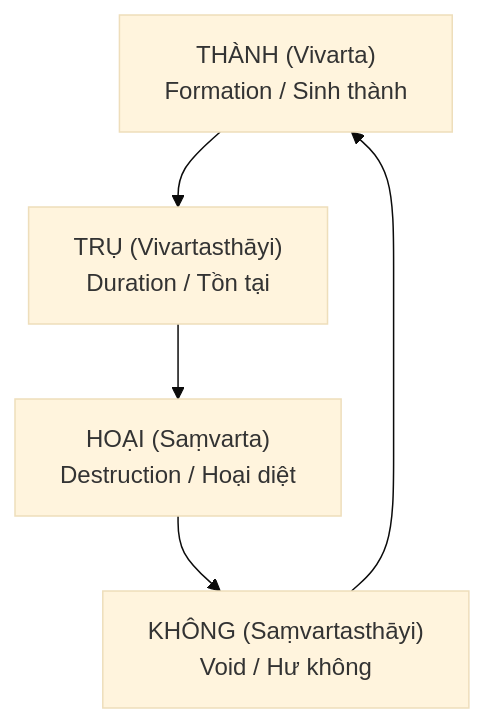
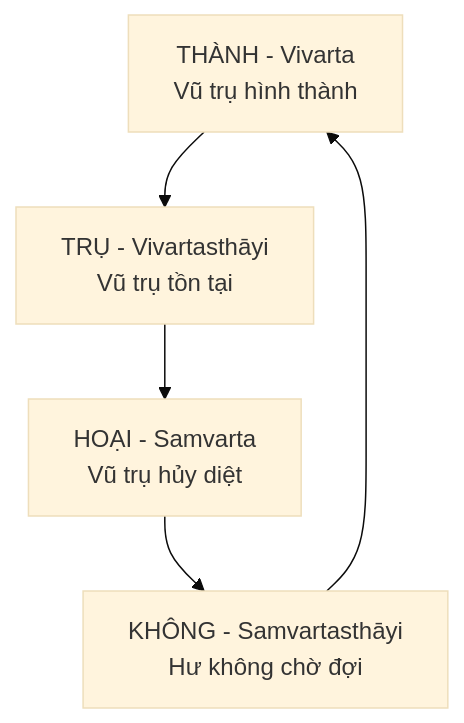
One commit to dyukahi/knowledge changed the second of 2 diagrams in esoterica/Chu Kỳ Vũ Trụ — Yugas & Kalpas.md. Above: the diagram before and after it, drawn with Mermaid (base theme). The commit also changed other lines of this file, not shown here.

````diff
--- a/esoterica/Chu Kỳ Vũ Trụ — Yugas & Kalpas.md
+++ b/esoterica/Chu Kỳ Vũ Trụ — Yugas & Kalpas.md
@@ -65,9 +113,10 @@
 ```mermaid
-flowchart TB
-    TH["THÀNH (Vivarta)<br/>Formation / Sinh thành"]
-    TR["TRỤ (Vivartasthāyi)<br/>Duration / Tồn tại"]
-    HO["HOẠI (Saṃvarta)<br/>Destruction / Hoại diệt"]
-    KH["KHÔNG (Saṃvartasthāyi)<br/>Void / Hư không"]
+flowchart TD
+    TH["THÀNH - Vivarta<br/>Vũ trụ hình thành"]
+    TR["TRỤ - Vivartasthāyi<br/>Vũ trụ tồn tại"]
+    HO["HOẠI - Samvarta<br/>Vũ trụ hủy diệt"]
+    KH["KHÔNG - Samvartasthāyi<br/>Hư không chờ đợi"]
     
-    TH --> TR --> HO --> KH --> TH
+    TH --> TR --> HO --> KH
+    KH --> TH
 ```
````
